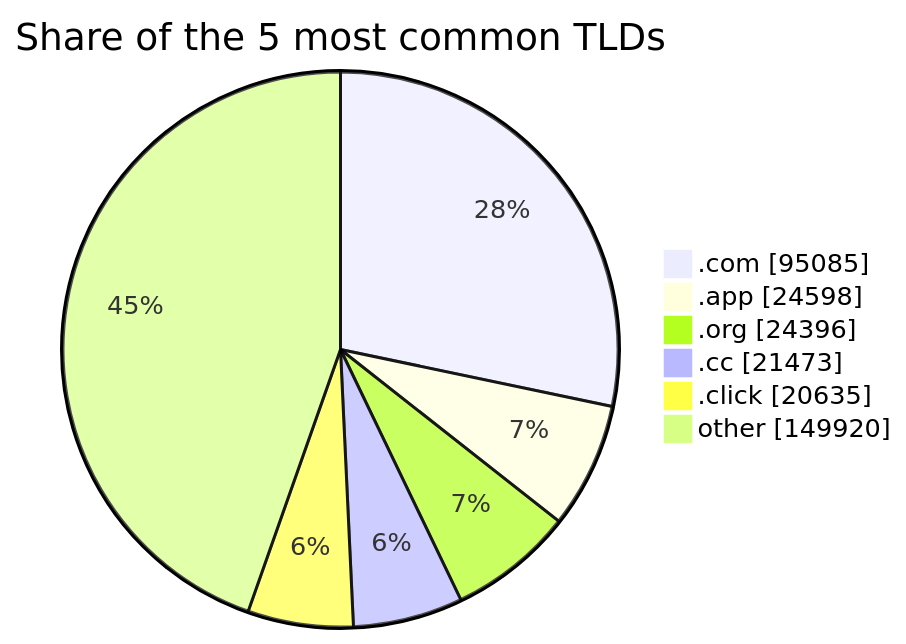
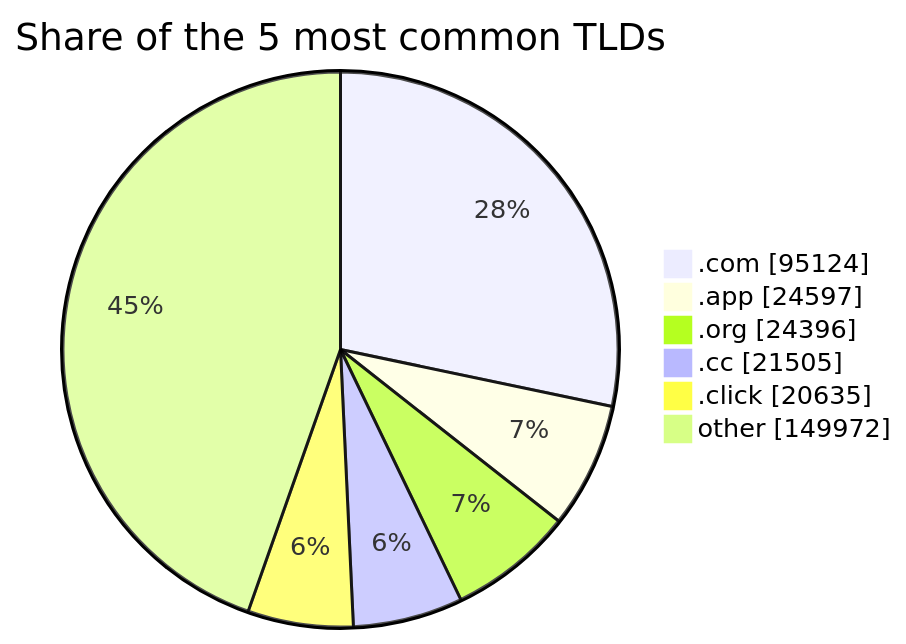
Before and after one commit to DNSBunker/CTI: the third of 3 diagrams in README.md, drawn with Mermaid. The commit also changed other lines of this file and 4 other files, not shown here.

````diff
--- a/README.md
+++ b/README.md
@@ -81,9 +81,9 @@
 ```mermaid
 pie showData title Share of the 5 most common TLDs
-    ".com" : 95085
-    ".app" : 24598
+    ".com" : 95124
+    ".app" : 24597
     ".org" : 24396
-    ".cc" : 21473
+    ".cc" : 21505
     ".click" : 20635
-    "other" : 149920
+    "other" : 149972
 ```
````
